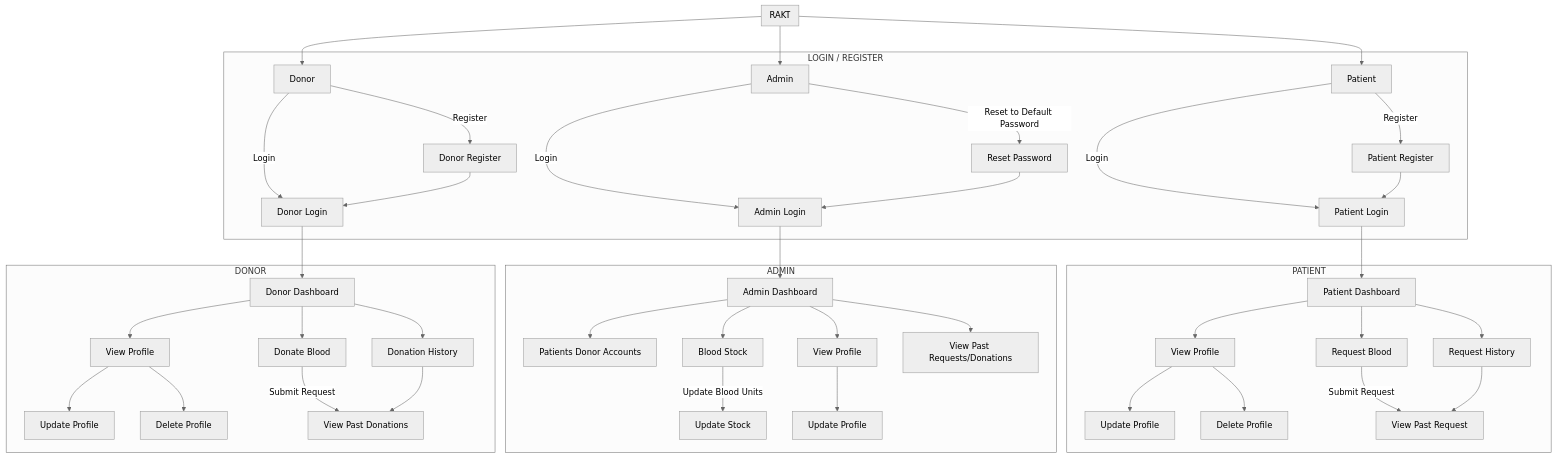
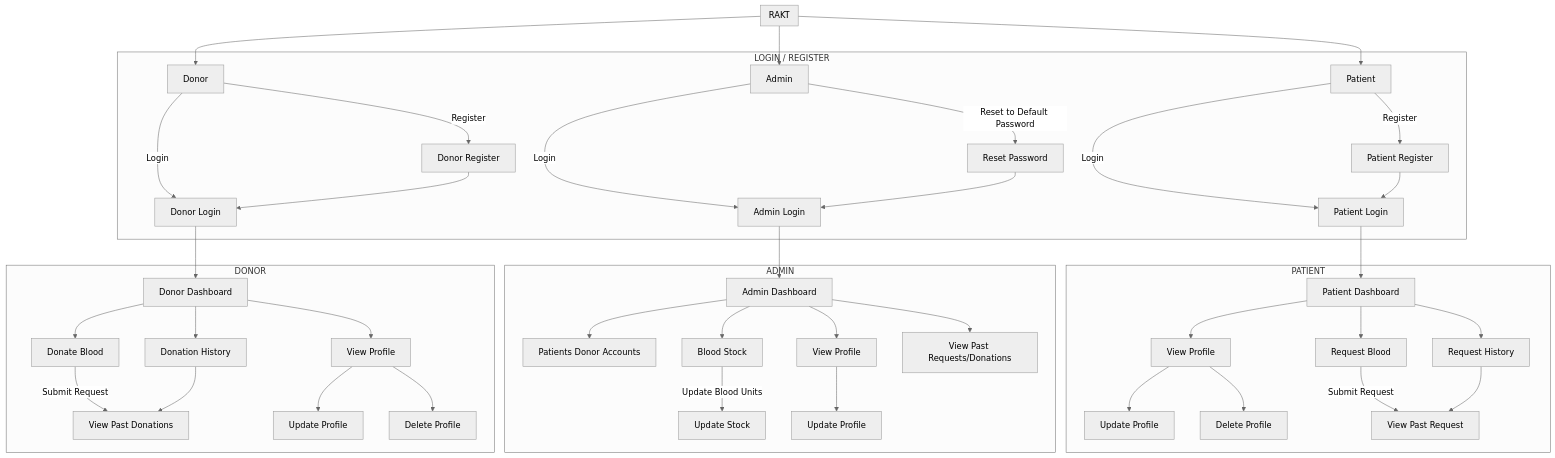
Before and after one commit to pkeche/RAKT: the diagram in README.md, drawn with Mermaid (neutral theme).

Commit message:
Flowchart Updated

````diff
--- a/README.md
+++ b/README.md
@@ -62,46 +62,46 @@
 ```mermaid
 graph TD
     subgraph R[RAKT]
     end
 
     subgraph LOGIN  /  REGISTER
         P -->|Login| PL[Patient Login]
         P[Patient] -->|Register| PR[Patient Register] --> PL
         
         D -->|Login| DL[Donor Login]
         D[Donor] -->|Register| DR[Donor Register] --> DL
         
         A[Admin] -->|Login| AL[Admin Login]
         A -->|Reset to Default Password| AR[Reset Password] --> AL
     end
 
     subgraph PATIENT
     PD[Patient Dashboard] --> VWP[View Profile]
     VWP --> UPP[Update Profile]
     VWP --> DPP[Delete Profile]
     PD --> RB[Request Blood] --> |Submit Request|VPPP[View Past Request]
     PD --> RH[Request History] --> VPPP
     end
 
     subgraph ADMIN 
     AD[Admin Dashboard] --> PDA[Patients Donor Accounts]
     AD --> BS[Blood Stock] -->|Update Blood Units| US[Update Stock]
     AD --> VPA[View Profile] --> UPA[Update Profile]
     AD -->  VPR[View Past Requests/Donations]
 
     end
 
     subgraph DONOR
-    DD[Donor Dashboard] --> VPD[View Profile] --> UPD[Update Profile]
+    DD[Donor Dashboard] --> DB[Donate Blood] --> |Submit Request|VPDD[View Past Donations]
+    DD --> VPD[View Profile] --> UPD[Update Profile]
     VPD --> DPD[Delete Profile]
-    DD --> DB[Donate Blood] --> |Submit Request|VPDD[View Past Donations]
     DD --> DH[Donation History] --> VPDD
     end
 
     R --> P
     R --> D
     R --> A
     PL --> PD
     DL --> DD
     AL --> AD
 ```
````
